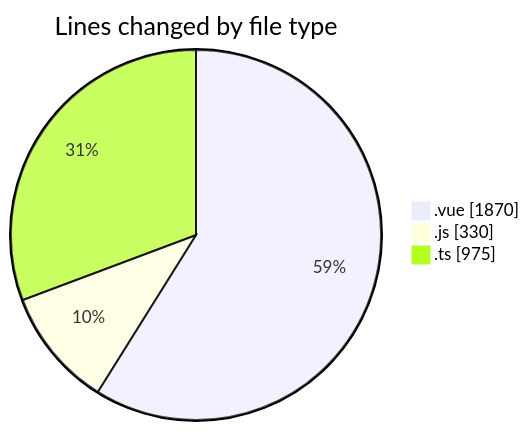
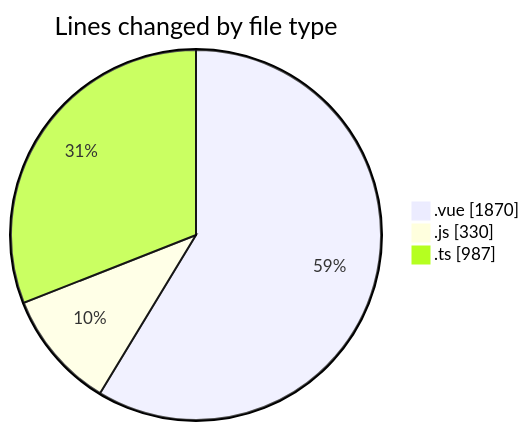
The first of 2 diagrams in 2025-07-14/rentotp/README.md (lephambinh05/code-tracking), drawn with Mermaid before and after one commit. The commit also changed other lines of this file and 1 other file, not shown here.

````diff
--- a/2025-07-14/rentotp/README.md
+++ b/2025-07-14/rentotp/README.md
@@ -44,7 +44,7 @@
 ```mermaid
 pie showData
 title Lines changed by file type
 ".vue" : 1870
 ".js" : 330
-".ts" : 975
+".ts" : 987
 ```
````
